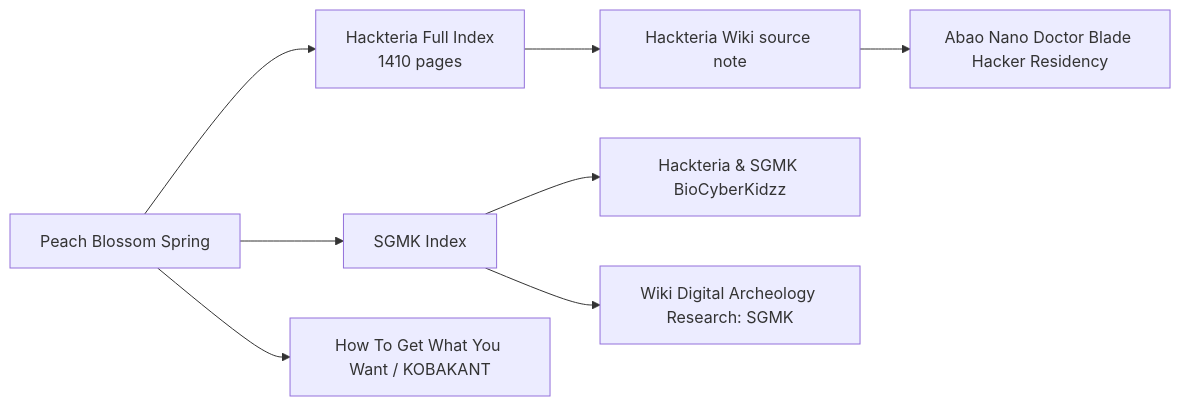
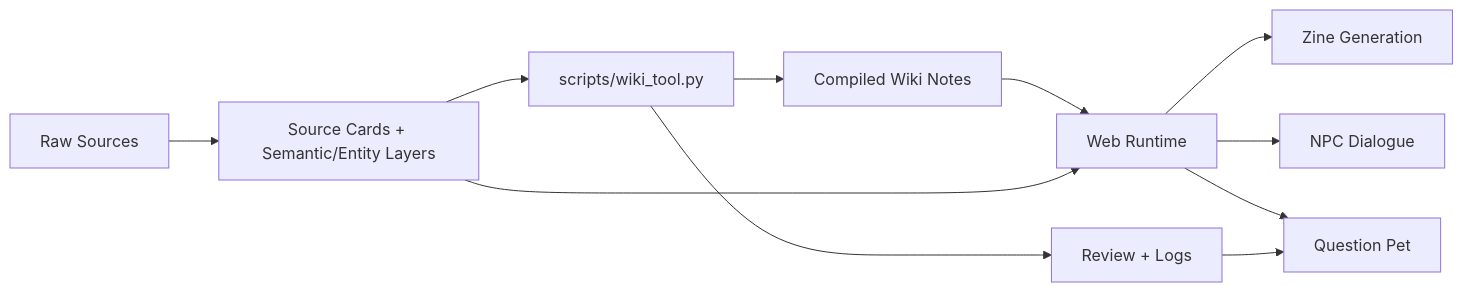
One commit to weiweiweiopen/peach-blossom-spring changed the first of 3 diagrams in obsidian-vault/PBS Wiki Visual Dashboard.md. Above: the diagram before and after it, drawn with Mermaid. The commit also changed other lines of this file and 4 other files, not shown here.

Commit message:
Update PBS Obsidian architecture diagram

````diff
--- a/obsidian-vault/PBS Wiki Visual Dashboard.md
+++ b/obsidian-vault/PBS Wiki Visual Dashboard.md
@@ -7,11 +21,13 @@
 ```mermaid
 graph LR
-  PBS[Peach Blossom Spring] --> HFI[Hackteria Full Index
-1410 pages]
-  PBS --> SGMK[SGMK Index]
-  PBS --> KOB[How To Get What You Want / KOBAKANT]
-  HFI --> HW[Hackteria Wiki source note]
-  SGMK --> BIO[Hackteria & SGMK BioCyberKidzz]
-  SGMK --> ARCH[Wiki Digital Archeology Research: SGMK]
-  HW --> ABAO[Abao Nano Doctor Blade Hacker Residency]
+  Sources[Raw Sources] --> Cards[Source Cards + Semantic/Entity Layers]
+  Cards --> Tool[scripts/wiki_tool.py]
+  Tool --> Wiki[Compiled Wiki Notes]
+  Tool --> Review[Review + Logs]
+  Wiki --> Runtime[Web Runtime]
+  Cards --> Runtime
+  Runtime --> Zine[Zine Generation]
+  Runtime --> NPC[NPC Dialogue]
+  Runtime --> Pet[Question Pet]
+  Review --> Pet
 ```
````
